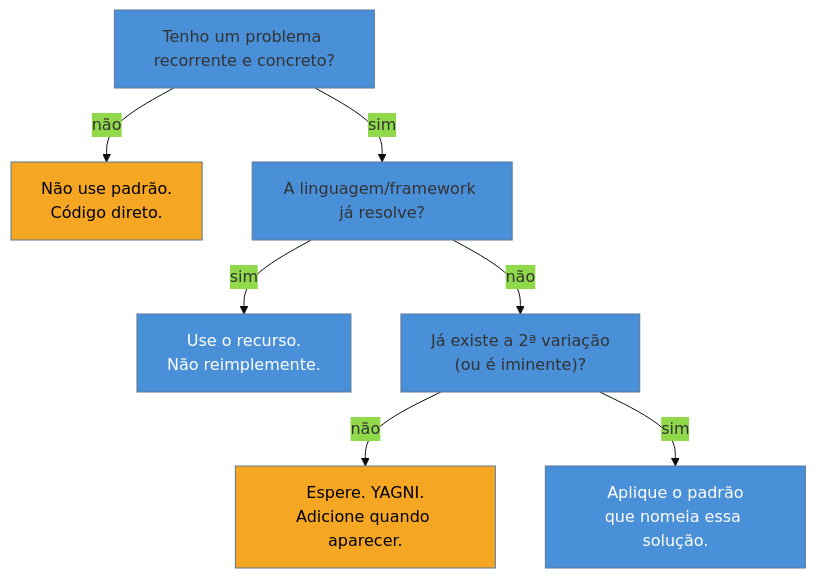
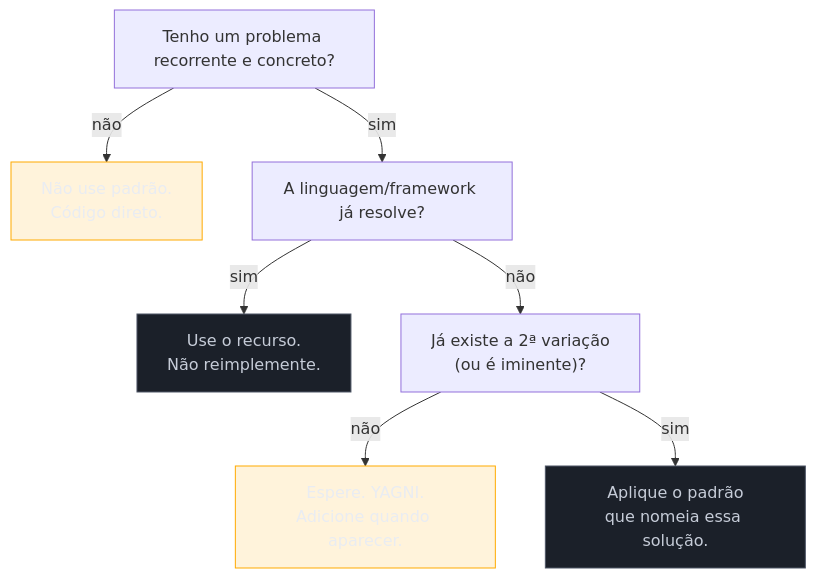
Before and after one commit to josenaldo/codex-technomanticus: the diagram in 03-Dominios/Engenharia/Design de Software/Padrões de Projeto/Clássicos (GoF)/23 - Quando NÃO usar - anti-patterns e discernimento sênior.md, drawn with Mermaid. The commit also changed 1181 other files, not shown here.

First line of the commit message:
fix(diagramas): paleta do sistema no lugar de cor cravada no markdown

````diff
--- a/03-Dominios/Engenharia/Design de Software/Padrões de Projeto/Clássicos (GoF)/23 - Quando NÃO usar - anti-patterns e discernimento sênior.md
+++ b/03-Dominios/Engenharia/Design de Software/Padrões de Projeto/Clássicos (GoF)/23 - Quando NÃO usar - anti-patterns e discernimento sênior.md
@@ -33,15 +33,16 @@
 ```mermaid
-%%{init: {"theme": "base", "themeVariables": {"primaryColor": "#4A90D9"}}}%%
 graph TD
+    classDef destaque fill:#FFAA0024,stroke:#FFAA00,color:#E9ECF2
+    classDef neutro fill:#1B2029,stroke:#4E5666,color:#C6CCD8
     P["Tenho um problema recorrente e concreto?"] -->|não| N["Não use padrão.<br/>Código direto."]
     P -->|sim| L["A linguagem/framework já resolve?"]
     L -->|sim| U["Use o recurso.<br/>Não reimplemente."]
     L -->|não| D["Já existe a 2ª variação<br/>(ou é iminente)?"]
     D -->|não| N2["Espere. YAGNI.<br/>Adicione quando aparecer."]
     D -->|sim| Y["Aplique o padrão<br/>que nomeia essa solução."]
 
-    style N fill:#F5A623,color:#000
-    style N2 fill:#F5A623,color:#000
-    style U fill:#4A90D9,color:#fff
-    style Y fill:#4A90D9,color:#fff
+    class N destaque
+    class N2 destaque
+    class U neutro
+    class Y neutro
 ```
````
